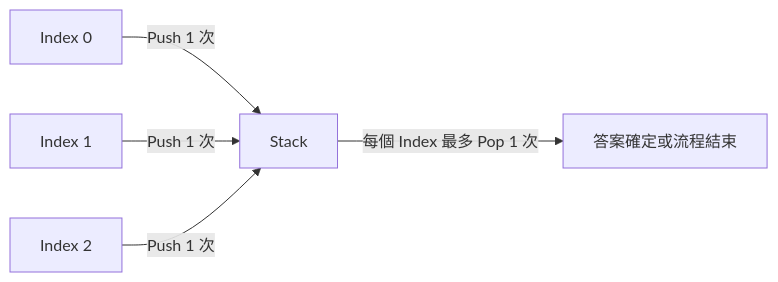
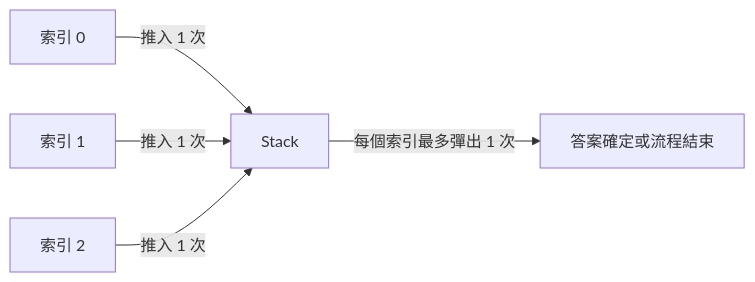
One commit to davidchen0970/algorithm_note changed diagram 13 of 16 in 02_data_structures/08_stack.md. Above: the diagram before and after it, drawn with Mermaid. The commit also changed other lines of this file and 2 other files, not shown here.

````diff
--- a/02_data_structures/08_stack.md
+++ b/02_data_structures/08_stack.md
@@ -1060,7 +1079,7 @@
 ```mermaid
 flowchart LR
-    E1[Index 0] -->|Push 1 次| S[Stack]
-    E2[Index 1] -->|Push 1 次| S
-    E3[Index 2] -->|Push 1 次| S
-    S -->|每個 Index 最多 Pop 1 次| D[答案確定或流程結束]
+    E1["索引 0"] -->|"推入 1 次"| S["Stack"]
+    E2["索引 1"] -->|"推入 1 次"| S
+    E3["索引 2"] -->|"推入 1 次"| S
+    S -->|"每個索引最多彈出 1 次"| D["答案確定或流程結束"]
 ```
````
